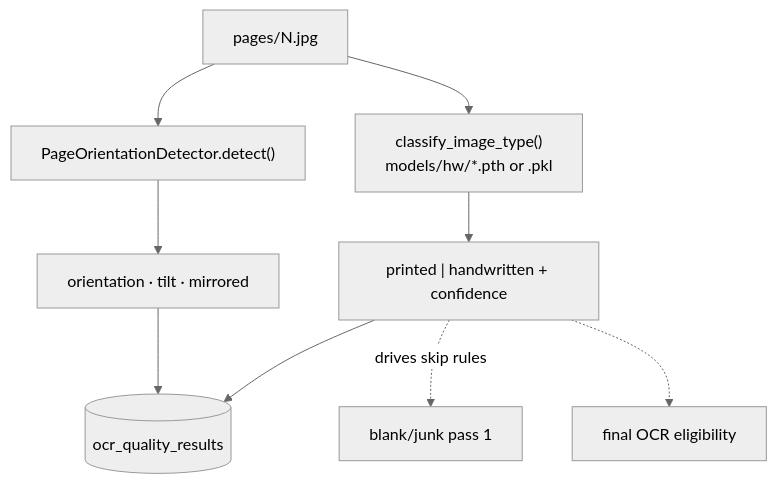
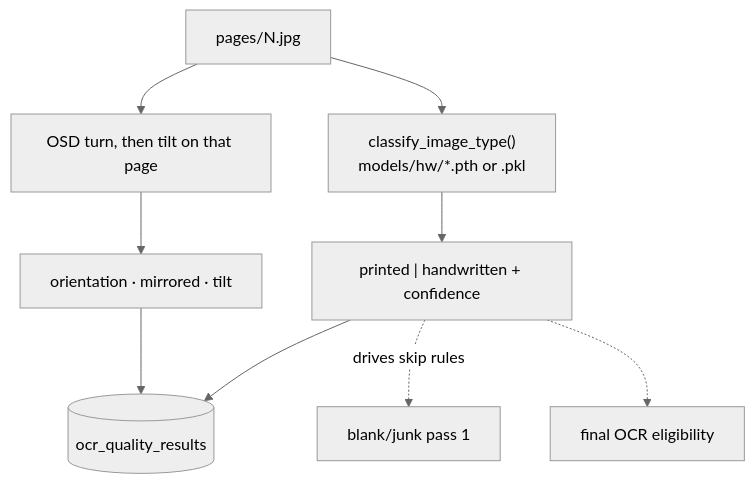
The second of 7 diagrams in docs/LOGIC.md (abhinavdg-ever/model-repo), drawn with Mermaid (neutral theme) before and after one commit. The commit also changed other lines of this file and 33 other files, not shown here.

First line of the commit message:
Decide on page type, check orientation and mirror by reading the page, and support the page-tag handwriting model.

````diff
--- a/docs/LOGIC.md
+++ b/docs/LOGIC.md
@@ -66,11 +66,11 @@
 ```mermaid
 flowchart TD
-  IMG["pages/N.jpg"] --> R["PageOrientationDetector.detect()"]
+  IMG["pages/N.jpg"] --> R["OSD turn, then tilt on that page"]
   IMG --> H["classify_image_type()<br/>models/hw/*.pth or .pkl"]
-  R --> RES["orientation · tilt · mirrored"]
+  R --> RES["orientation · mirrored · tilt"]
   H --> HRES["printed | handwritten + confidence"]
   RES --> Q[("ocr_quality_results")]
   HRES --> Q
   HRES -.->|"drives skip rules"| BJ["blank/junk pass 1"]
   HRES -.-> F["final OCR eligibility"]
 ```
````
